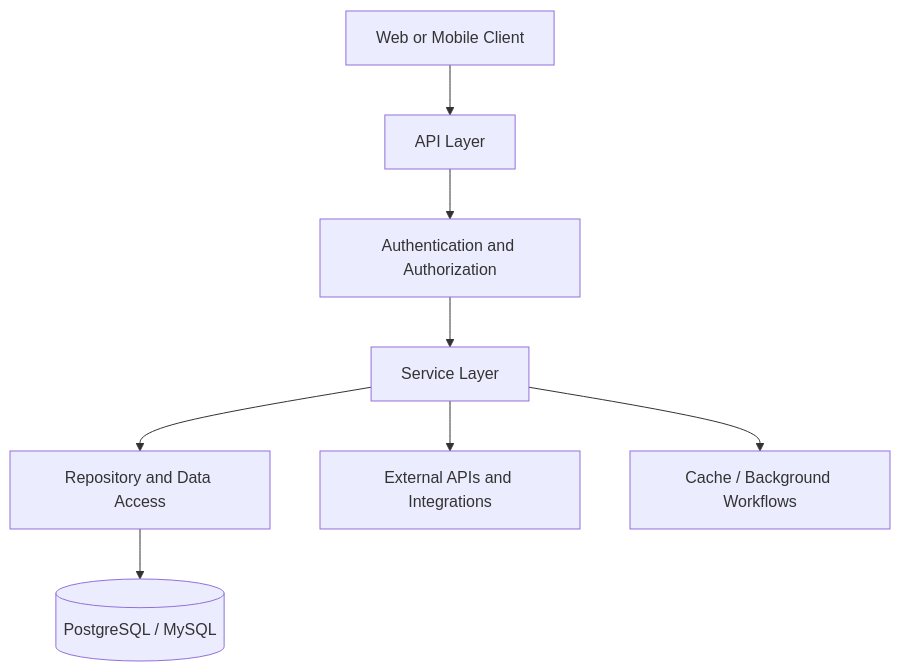
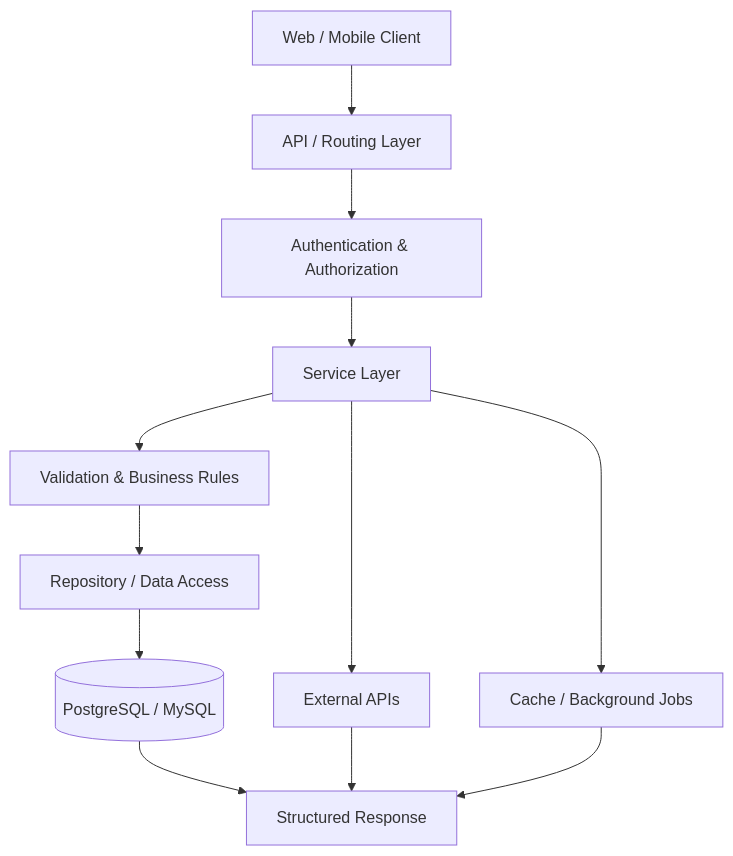
Before and after one commit to Aravindan-001/Aravindan-001: the first of 2 diagrams in README.md, drawn with Mermaid. The commit also changed other lines of this file, not shown here.

````diff
--- a/README.md
+++ b/README.md
@@ -275,10 +265,14 @@
 ```mermaid
 flowchart TD
-    A[Web or Mobile Client] --> B[API Layer]
-    B --> C[Authentication and Authorization]
-    C --> D[Service Layer]
-    D --> E[Repository and Data Access]
-    E --> F[(PostgreSQL / MySQL)]
-    D --> G[External APIs and Integrations]
-    D --> H[Cache / Background Workflows]
+    A["Web / Mobile Client"] --> B["API / Routing Layer"]
+    B --> C["Authentication & Authorization"]
+    C --> D["Service Layer"]
+    D --> E["Validation & Business Rules"]
+    E --> F["Repository / Data Access"]
+    F --> G[("PostgreSQL / MySQL")]
+    D --> H["External APIs"]
+    D --> I["Cache / Background Jobs"]
+    G --> J["Structured Response"]
+    H --> J
+    I --> J
 ```
````
